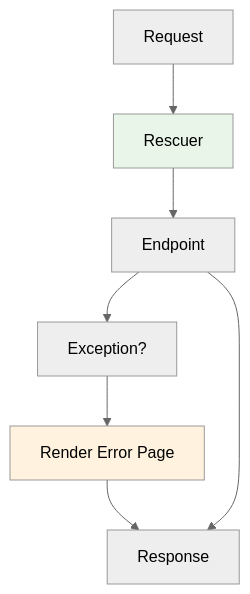
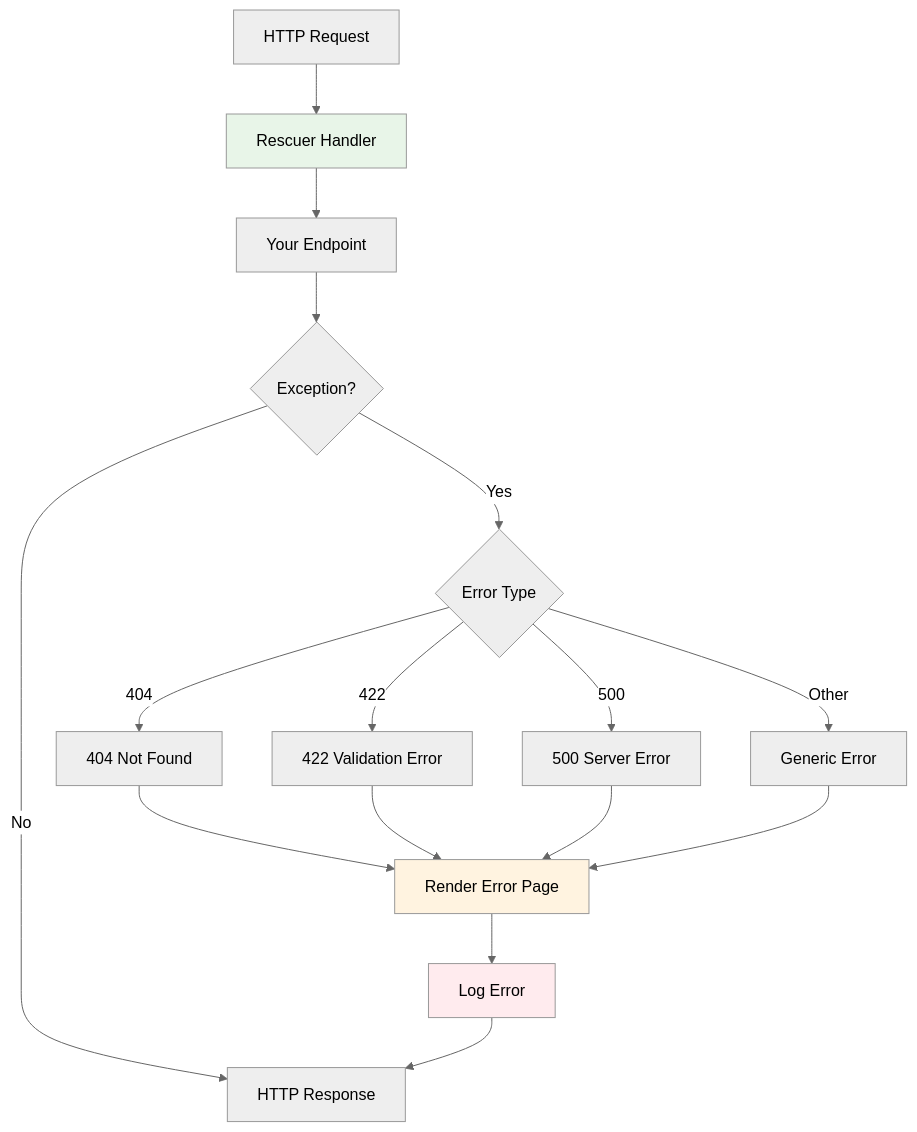
The diagram in docs/middleware/errors.md (azutoolkit/azu), drawn with Mermaid (neutral theme) before and after one commit. The commit also changed other lines of this file and 2 other files, not shown here.

````diff
--- a/docs/middleware/errors.md
+++ b/docs/middleware/errors.md
@@ -16,12 +18,25 @@
 ```mermaid
 flowchart TD
-    Request --> Rescuer
-    Rescuer --> Endpoint
-    Endpoint --> Error[Exception?]
-    Error --> ErrorPage[Render Error Page]
-    ErrorPage --> Response
-    Endpoint --> Response
+    Request[HTTP Request] --> Rescuer[Rescuer Handler]
+    Rescuer --> Endpoint[Your Endpoint]
+    Endpoint --> Exception{Exception?}
+    Exception -->|Yes| ErrorType{Error Type}
+    Exception -->|No| Response[HTTP Response]
+
+    ErrorType -->|404| NotFound[404 Not Found]
+    ErrorType -->|422| Validation[422 Validation Error]
+    ErrorType -->|500| ServerError[500 Server Error]
+    ErrorType -->|Other| GenericError[Generic Error]
+
+    NotFound --> ErrorPage[Render Error Page]
+    Validation --> ErrorPage
+    ServerError --> ErrorPage
+    GenericError --> ErrorPage
+
+    ErrorPage --> LogError[Log Error]
+    LogError --> Response
 
     style Rescuer fill:#e8f5e8
     style ErrorPage fill:#fff3e0
+    style LogError fill:#ffebee
 ```
````
